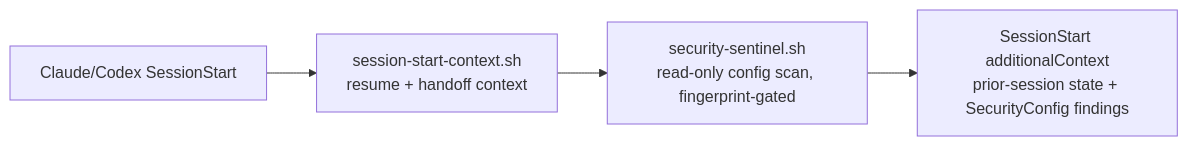
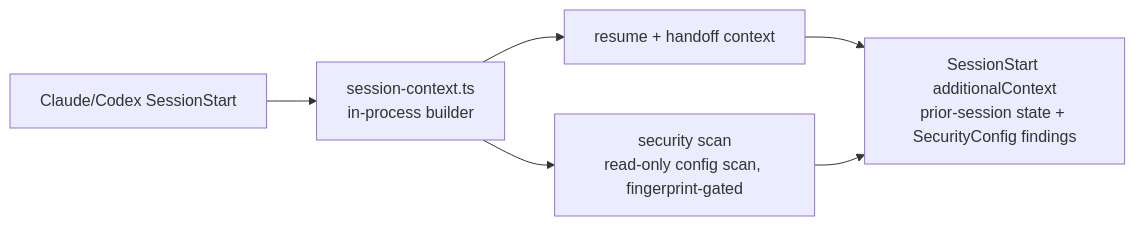
Before and after one commit to Ancienttwo/repo-harness: the second of 3 diagrams in README.fr.md, drawn with Mermaid. The commit also changed other lines of this file and 36 other files, not shown here.

First line of the commit message:
feat(hook): consolidate SessionStart into the in-process session-context builder (HRD-04) (#98)

````diff
--- a/README.fr.md
+++ b/README.fr.md
@@ -372,6 +373,8 @@
 ```mermaid
 flowchart LR
-  SessionStart["Claude/Codex SessionStart"] --> Ctx["session-start-context.sh<br/>resume + handoff context"]
-  Ctx --> Sec["security-sentinel.sh<br/>read-only config scan, fingerprint-gated"]
-  Sec --> SSOut["SessionStart additionalContext<br/>prior-session state + SecurityConfig findings"]
+  SessionStart["Claude/Codex SessionStart"] --> Ctx["session-context.ts<br/>in-process builder"]
+  Ctx --> Resume["resume + handoff context"]
+  Ctx --> Sec["security scan<br/>read-only config scan, fingerprint-gated"]
+  Resume --> SSOut["SessionStart additionalContext<br/>prior-session state + SecurityConfig findings"]
+  Sec --> SSOut
 ```
````
